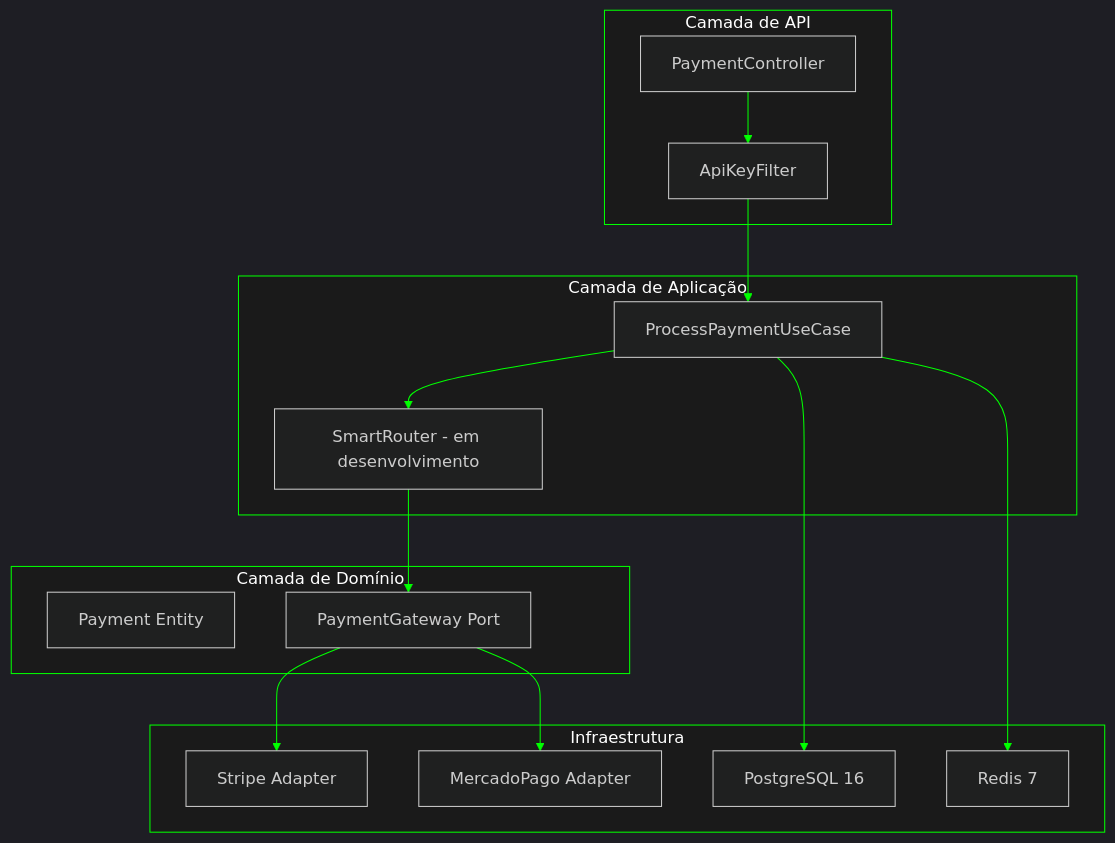
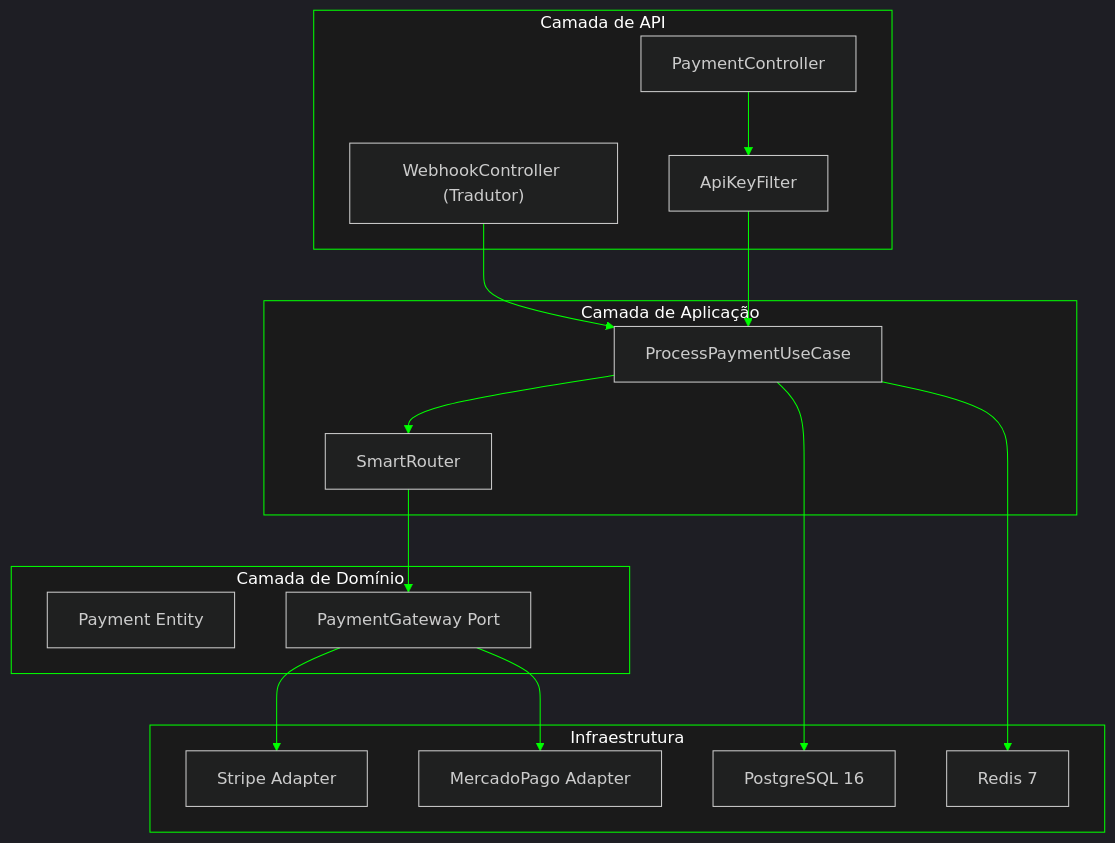
One commit to vitinh0z/orquestra.io changed the second of 3 diagrams in README.md. Above: the diagram before and after it, drawn with Mermaid. The commit also changed other lines of this file, not shown here.

````diff
--- a/README.md
+++ b/README.md
@@ -147,39 +167,41 @@
 ```mermaid
 %%{init: {'theme':'dark', 'themeVariables': { 'primaryColor':'#1a1a1a','primaryTextColor':'#fff','primaryBorderColor':'#00ff00','lineColor':'#00ff00','secondaryColor':'#2a2a2a','tertiaryColor':'#1a1a1a'}}}%%
 graph TB
     subgraph API["Camada de API"]
         Controller["PaymentController"]
         Filter["ApiKeyFilter"]
+        Webhooks["WebhookController (Tradutor)"]
     end
     
     subgraph Application["Camada de Aplicação"]
         UseCase["ProcessPaymentUseCase"]
-        Router["SmartRouter - em desenvolvimento"]
+        Router["SmartRouter"]
     end
     
     subgraph Domain["Camada de Domínio"]
         Payment["Payment Entity"]
         Gateway["PaymentGateway Port"]
     end
     
     subgraph Infrastructure["Infraestrutura"]
         Stripe["Stripe Adapter"]
         MP["MercadoPago Adapter"]
         Postgres["PostgreSQL 16"]
         Redis["Redis 7"]
     end
     
     Controller --> Filter
+    Webhooks --> UseCase
     Filter --> UseCase
     UseCase --> Router
     Router --> Gateway
     Gateway --> Stripe
     Gateway --> MP
     UseCase --> Postgres
     UseCase --> Redis
 
     style API fill:#1a1a1a,stroke:#00ff00,color:#fff
     style Application fill:#1a1a1a,stroke:#00ff00,color:#fff
     style Domain fill:#1a1a1a,stroke:#00ff00,color:#fff
     style Infrastructure fill:#1a1a1a,stroke:#00ff00,color:#fff
 ```
````
